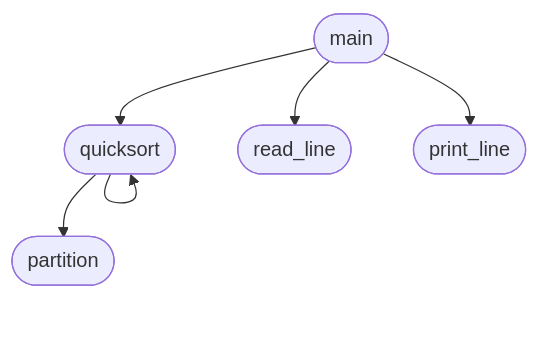
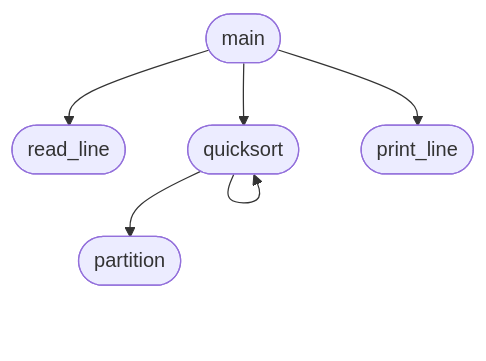
One commit to stepchowfun/proofs changed the first of 25 diagrams in proofs/AdmissibilityGraph/README.md. Above: the diagram before and after it, drawn with Mermaid. The commit also changed other lines of this file, not shown here.

Commit message:
Wordsmith the admissibility graph README

````diff
--- a/proofs/AdmissibilityGraph/README.md
+++ b/proofs/AdmissibilityGraph/README.md
@@ -9,14 +9,14 @@
 ```mermaid
 flowchart TD
   main([main])
+  read([read_line])
   quicksort([quicksort])
   partition([partition])
-  read([read_line])
   print([print_line])
 
   main --> quicksort
   quicksort --> partition
   quicksort --> quicksort
   main --> read
   main --> print
 ```
````
